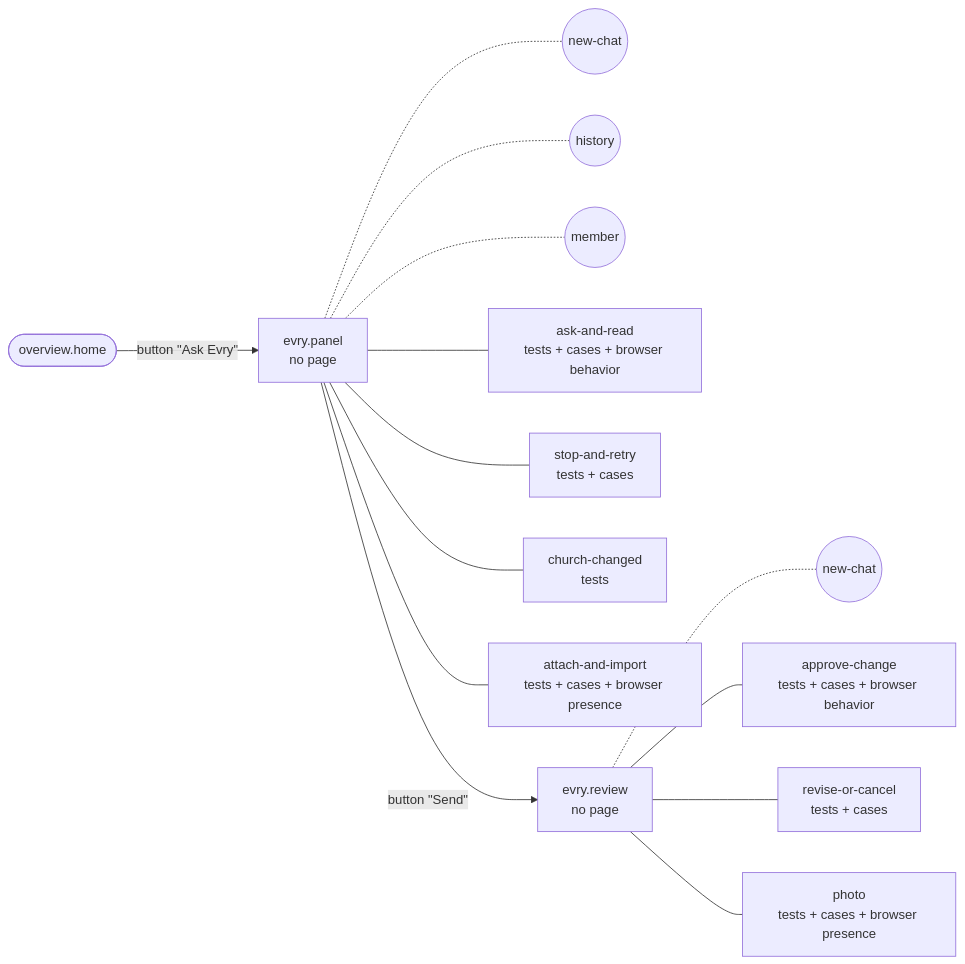
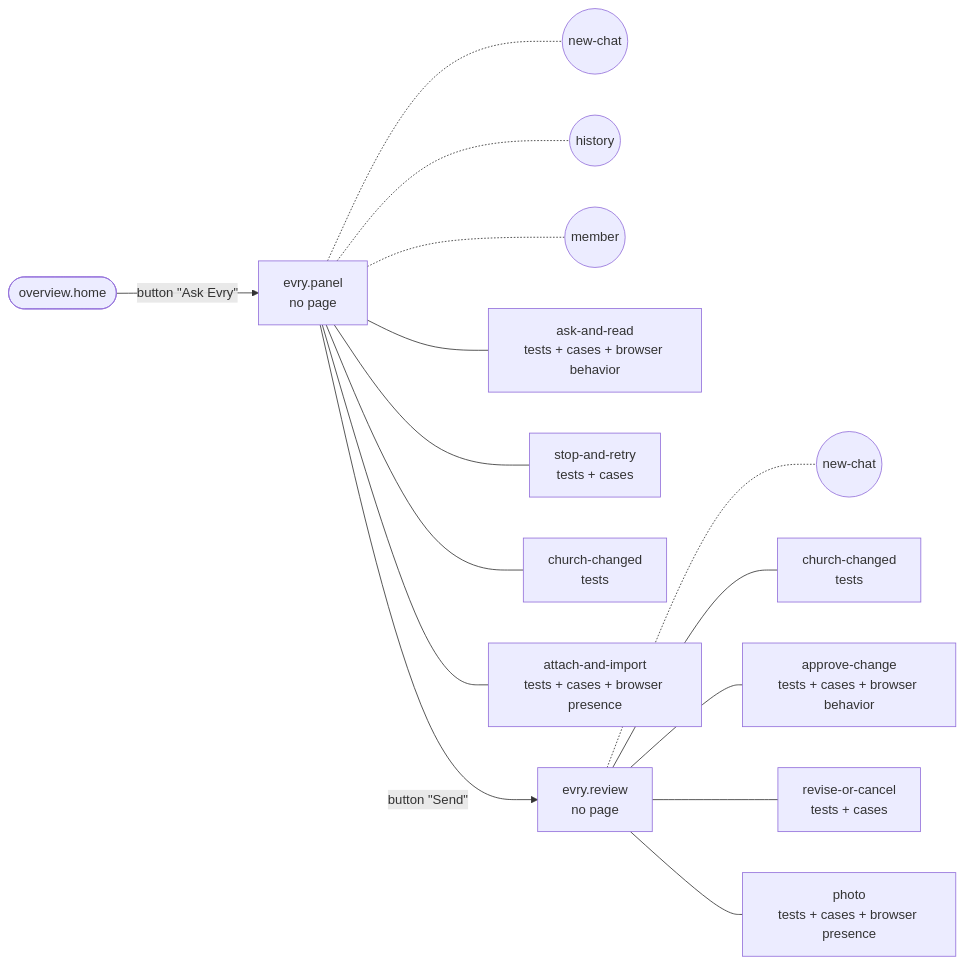
Before and after one commit to SebastianGarces/everyfield: the diagram in docs/feature-maps/evry.md, drawn with Mermaid. The commit also changed other lines of this file and 16 other files, not shown here.

````diff
--- a/docs/feature-maps/evry.md
+++ b/docs/feature-maps/evry.md
@@ -6,19 +6,20 @@
 ```mermaid
 flowchart LR
   x_overview_home(["overview.home"])
   s0["evry.panel<br/>no page"]
   x_overview_home -- "button #quot;Ask Evry#quot;" --> s0
   s0 -.- s0_st0(("new-chat"))
   s0 -.- s0_st1(("history"))
   s0 -.- s0_st2(("member"))
   s0 --- s0_b0["ask-and-read<br/>tests + cases + browser behavior"]
   s0 --- s0_b1["stop-and-retry<br/>tests + cases"]
   s0 --- s0_b2["church-changed<br/>tests"]
   s0 --- s0_b3["attach-and-import<br/>tests + cases + browser presence"]
   s1["evry.review<br/>no page"]
   s0 -- "button #quot;Send#quot;" --> s1
   s1 -.- s1_st0(("new-chat"))
-  s1 --- s1_b0["approve-change<br/>tests + cases + browser behavior"]
-  s1 --- s1_b1["revise-or-cancel<br/>tests + cases"]
-  s1 --- s1_b2["photo<br/>tests + cases + browser presence"]
+  s1 --- s1_b0["church-changed<br/>tests"]
+  s1 --- s1_b1["approve-change<br/>tests + cases + browser behavior"]
+  s1 --- s1_b2["revise-or-cancel<br/>tests + cases"]
+  s1 --- s1_b3["photo<br/>tests + cases + browser presence"]
 ```
````
